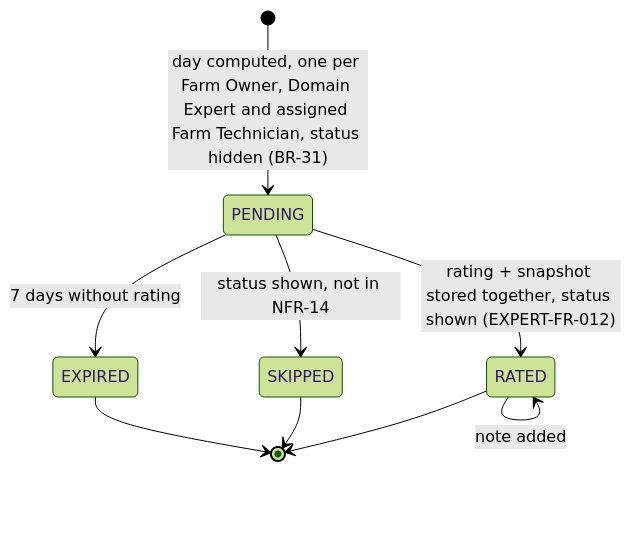
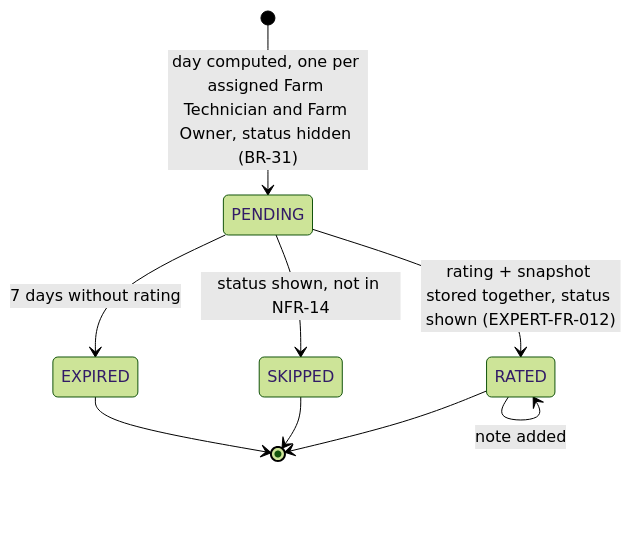
One commit to NBao261/SwiftletCare_KLTN changed diagram 21 of 40 in docs/reports/report4-sdd.md. Above: the diagram before and after it, drawn with Mermaid (forest theme). The commit also changed other lines of this file and 14 other files, not shown here.

````diff
--- a/docs/reports/report4-sdd.md
+++ b/docs/reports/report4-sdd.md
@@ -1238,11 +1238,11 @@
 ```mermaid
 stateDiagram-v2
-  [*] --> PENDING : day computed, one per Farm Owner, Domain Expert and assigned Farm Technician, status hidden (BR-31)
+  [*] --> PENDING : day computed, one per assigned Farm Technician and Farm Owner, status hidden (BR-31)
   PENDING --> RATED : rating + snapshot stored together, status shown (EXPERT-FR-012)
   PENDING --> SKIPPED : status shown, not in NFR-14
   PENDING --> EXPIRED : 7 days without rating
   RATED --> RATED : note added
   RATED --> [*]
   SKIPPED --> [*]
   EXPIRED --> [*]
 ```
````
